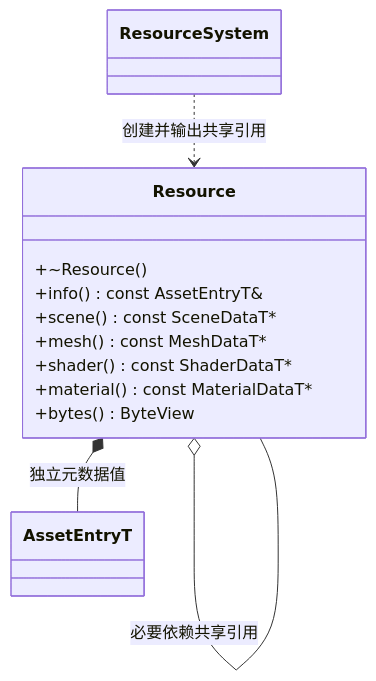
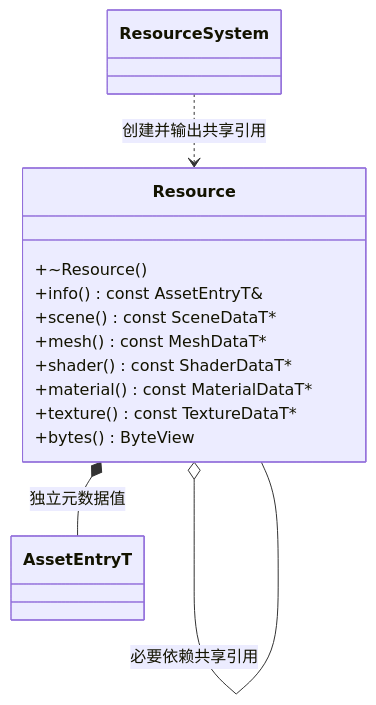
The first of 2 diagrams in docs/runtime/class-diagrams/resource.md (lcals/Engine), drawn with Mermaid before and after one commit. The commit also changed other lines of this file and 125 other files, not shown here.

````diff
--- a/docs/runtime/class-diagrams/resource.md
+++ b/docs/runtime/class-diagrams/resource.md
@@ -7,17 +7,18 @@
 ```mermaid
 classDiagram
     class Resource {
         +~Resource()
         +info() const AssetEntryT&
         +scene() const SceneDataT#42;
         +mesh() const MeshDataT#42;
         +shader() const ShaderDataT#42;
         +material() const MaterialDataT#42;
+        +texture() const TextureDataT#42;
         +bytes() ByteView
     }
     class AssetEntryT
     class ResourceSystem
     Resource *-- AssetEntryT : 独立元数据值
     ResourceSystem ..> Resource : 创建并输出共享引用
     Resource o-- Resource : 必要依赖共享引用
 ```
````
